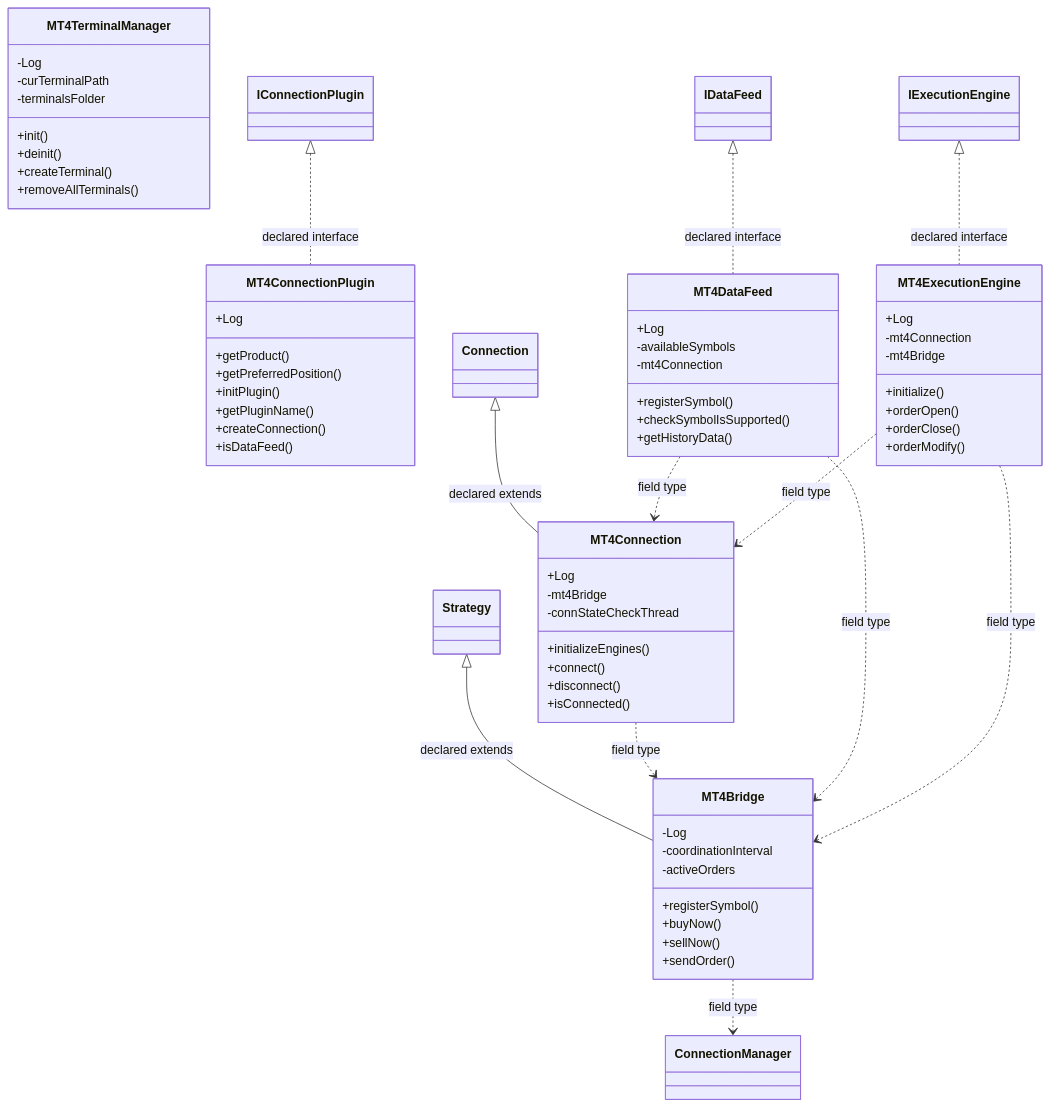
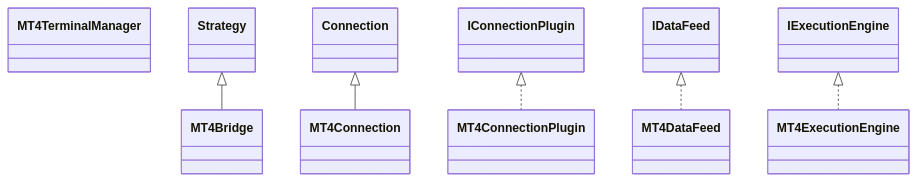
The diagram in docs/sqx/Shared/ConnectionMT4.md (haruperi/HaruQuantAI), drawn with Mermaid before and after one commit. The commit also changed other lines of this file and 1688 other files, not shown here.

````diff
--- a/docs/sqx/Shared/ConnectionMT4.md
+++ b/docs/sqx/Shared/ConnectionMT4.md
@@ -30,73 +26,19 @@
 ```mermaid
 classDiagram
-    class C164e67f39db5["MT4Bridge"] {
-        -Log
-        -coordinationInterval
-        -activeOrders
-        +registerSymbol()
-        +buyNow()
-        +sellNow()
-        +sendOrder()
-    }
-    class C36684a7b0928["MT4Connection"] {
-        +Log
-        -mt4Bridge
-        -connStateCheckThread
-        +initializeEngines()
-        +connect()
-        +disconnect()
-        +isConnected()
-    }
-    class C64f2f1b9b39f["MT4ConnectionPlugin"] {
-        +Log
-        +getProduct()
-        +getPreferredPosition()
-        +initPlugin()
-        +getPluginName()
-        +createConnection()
-        +isDataFeed()
-    }
-    class Cf439f91e8c04["MT4DataFeed"] {
-        +Log
-        -availableSymbols
-        -mt4Connection
-        +registerSymbol()
-        +checkSymbolIsSupported()
-        +getHistoryData()
-    }
-    class Cb450fc774336["MT4ExecutionEngine"] {
-        +Log
-        -mt4Connection
-        -mt4Bridge
-        +initialize()
-        +orderOpen()
-        +orderClose()
-        +orderModify()
-    }
-    class C4a6354902529["MT4TerminalManager"] {
-        -Log
-        -curTerminalPath
-        -terminalsFolder
-        +init()
-        +deinit()
-        +createTerminal()
-        +removeAllTerminals()
-    }
-    class C49edddb39032["Strategy"]
-    class C58cb707ce0e7["Connection"]
-    class C001b68001ef7["ConnectionManager"]
-    class C5910a33a788a["IDataFeed"]
-    class Cb388a7528cc5["IExecutionEngine"]
-    class Cfedf35ca3c10["IConnectionPlugin"]
-    C49edddb39032 <|-- C164e67f39db5 : declared extends
-    C164e67f39db5 ..> C001b68001ef7 : field type
-    C58cb707ce0e7 <|-- C36684a7b0928 : declared extends
-    C36684a7b0928 ..> C164e67f39db5 : field type
-    Cfedf35ca3c10 <|.. C64f2f1b9b39f : declared interface
-    C5910a33a788a <|.. Cf439f91e8c04 : declared interface
-    Cf439f91e8c04 ..> C164e67f39db5 : field type
-    Cf439f91e8c04 ..> C36684a7b0928 : field type
-    Cb388a7528cc5 <|.. Cb450fc774336 : declared interface
-    Cb450fc774336 ..> C164e67f39db5 : field type
-    Cb450fc774336 ..> C36684a7b0928 : field type
+    class C0["MT4Bridge"]
+    class C1["MT4Connection"]
+    class C2["MT4ConnectionPlugin"]
+    class C3["MT4DataFeed"]
+    class C4["MT4ExecutionEngine"]
+    class C5["MT4TerminalManager"]
+    class E0["Strategy"]
+    E0 <|-- C0
+    class E1["Connection"]
+    E1 <|-- C1
+    class E2["IConnectionPlugin"]
+    E2 <|.. C2
+    class E3["IDataFeed"]
+    E3 <|.. C3
+    class E4["IExecutionEngine"]
+    E4 <|.. C4
 ```
````
